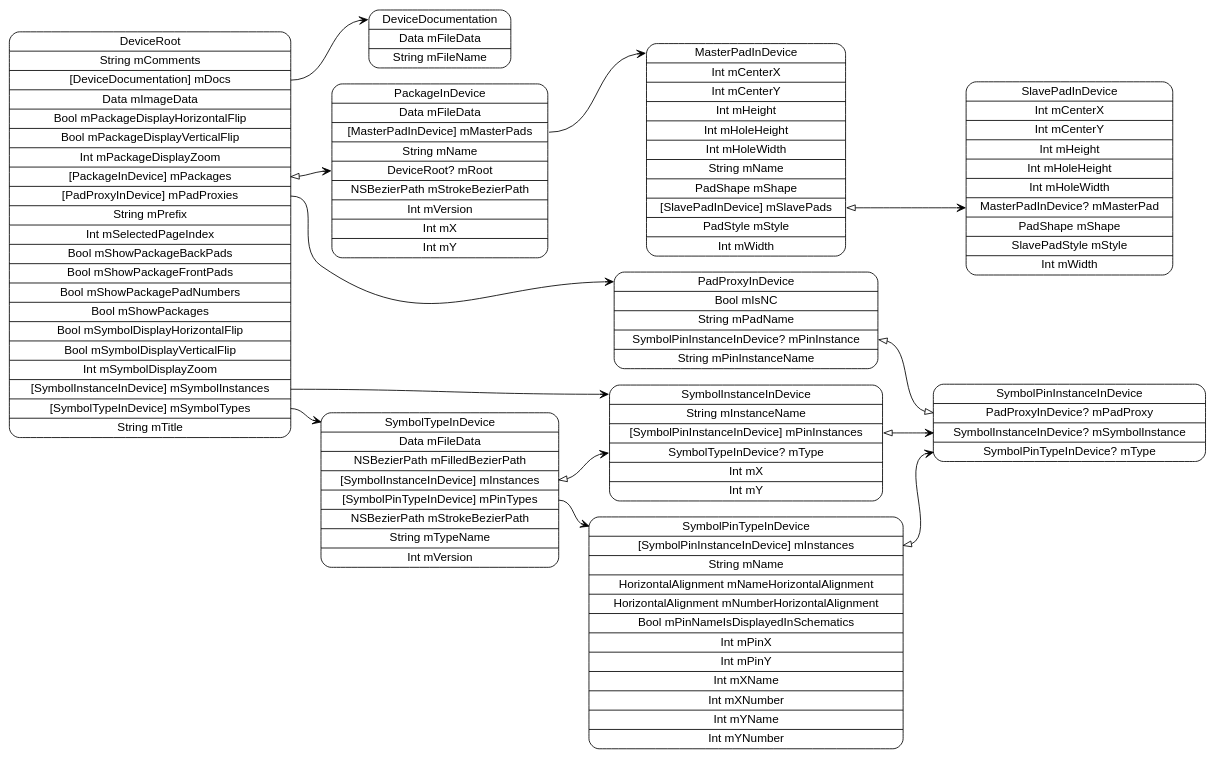
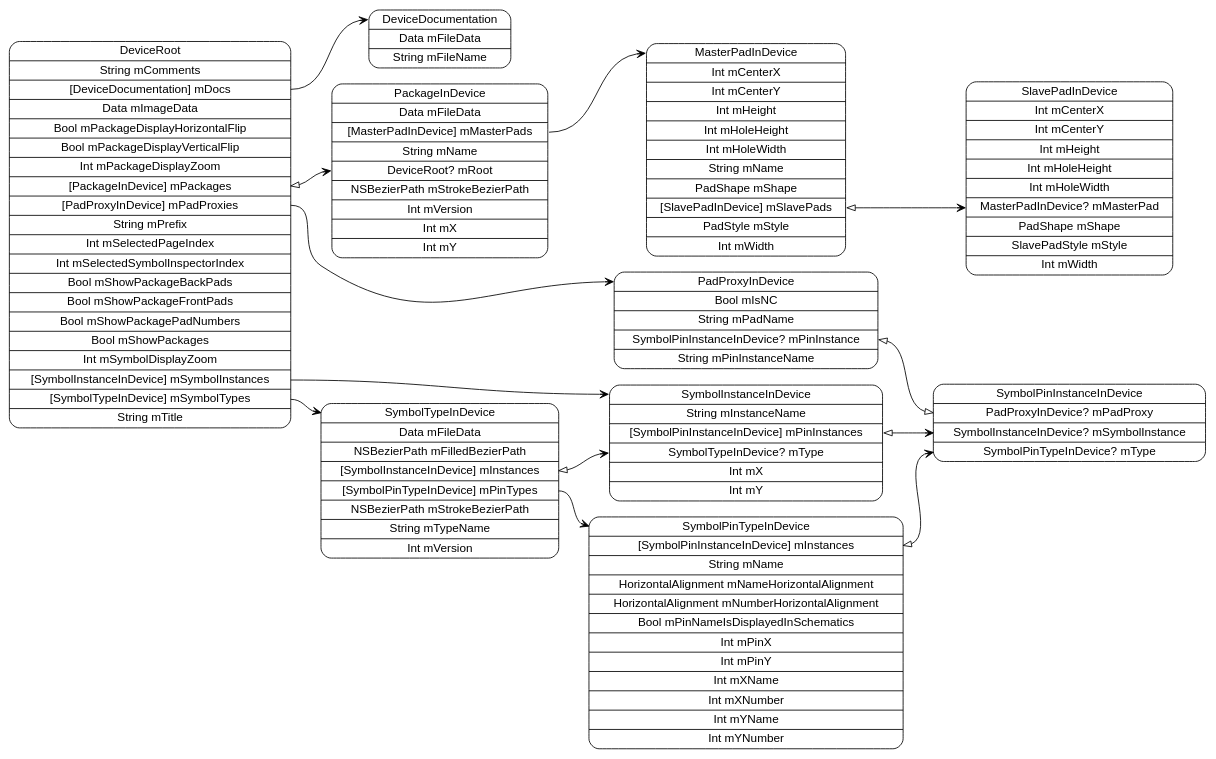
One commit to pierremolinaro/ElCanari-dev changed the diagram in models/DeviceRoot.dot. Above: the diagram before and after it, drawn with Graphviz. The commit also changed 12 other files, not shown here.

```diff
--- a/models/DeviceRoot.dot
+++ b/models/DeviceRoot.dot
@@ -1,26 +1,26 @@
 digraph G {
   rankdir=LR ;
   node [shape=record fontname=helvetica style=rounded] ;
-  DeviceRoot[label="<DeviceRoot>DeviceRoot|String mComments|<mDocs>[DeviceDocumentation] mDocs|Data mImageData|Bool mPackageDisplayHorizontalFlip|Bool mPackageDisplayVerticalFlip|Int mPackageDisplayZoom|<mPackages>[PackageInDevice] mPackages|<mPadProxies>[PadProxyInDevice] mPadProxies|String mPrefix|Int mSelectedPageIndex|Bool mShowPackageBackPads|Bool mShowPackageFrontPads|Bool mShowPackagePadNumbers|Bool mShowPackages|Bool mSymbolDisplayHorizontalFlip|Bool mSymbolDisplayVerticalFlip|Int mSymbolDisplayZoom|<mSymbolInstances>[SymbolInstanceInDevice] mSymbolInstances|<mSymbolTypes>[SymbolTypeInDevice] mSymbolTypes|String mTitle"] ;
+  DeviceRoot[label="<DeviceRoot>DeviceRoot|String mComments|<mDocs>[DeviceDocumentation] mDocs|Data mImageData|Bool mPackageDisplayHorizontalFlip|Bool mPackageDisplayVerticalFlip|Int mPackageDisplayZoom|<mPackages>[PackageInDevice] mPackages|<mPadProxies>[PadProxyInDevice] mPadProxies|String mPrefix|Int mSelectedPageIndex|Int mSelectedSymbolInspectorIndex|Bool mShowPackageBackPads|Bool mShowPackageFrontPads|Bool mShowPackagePadNumbers|Bool mShowPackages|Int mSymbolDisplayZoom|<mSymbolInstances>[SymbolInstanceInDevice] mSymbolInstances|<mSymbolTypes>[SymbolTypeInDevice] mSymbolTypes|String mTitle"] ;
   SymbolTypeInDevice[label="<SymbolTypeInDevice>SymbolTypeInDevice|Data mFileData|NSBezierPath mFilledBezierPath|<mInstances>[SymbolInstanceInDevice] mInstances|<mPinTypes>[SymbolPinTypeInDevice] mPinTypes|NSBezierPath mStrokeBezierPath|String mTypeName|Int mVersion"] ;
   SymbolPinTypeInDevice[label="<SymbolPinTypeInDevice>SymbolPinTypeInDevice|<mInstances>[SymbolPinInstanceInDevice] mInstances|String mName|HorizontalAlignment mNameHorizontalAlignment|HorizontalAlignment mNumberHorizontalAlignment|Bool mPinNameIsDisplayedInSchematics|Int mPinX|Int mPinY|Int mXName|Int mXNumber|Int mYName|Int mYNumber"] ;
   SymbolPinInstanceInDevice[label="<SymbolPinInstanceInDevice>SymbolPinInstanceInDevice|<mPadProxy>PadProxyInDevice? mPadProxy|<mSymbolInstance>SymbolInstanceInDevice? mSymbolInstance|<mType>SymbolPinTypeInDevice? mType"] ;
   SymbolInstanceInDevice[label="<SymbolInstanceInDevice>SymbolInstanceInDevice|String mInstanceName|<mPinInstances>[SymbolPinInstanceInDevice] mPinInstances|<mType>SymbolTypeInDevice? mType|Int mX|Int mY"] ;
   PadProxyInDevice[label="<PadProxyInDevice>PadProxyInDevice|Bool mIsNC|String mPadName|<mPinInstance>SymbolPinInstanceInDevice? mPinInstance|String mPinInstanceName"] ;
   PackageInDevice[label="<PackageInDevice>PackageInDevice|Data mFileData|<mMasterPads>[MasterPadInDevice] mMasterPads|String mName|<mRoot>DeviceRoot? mRoot|NSBezierPath mStrokeBezierPath|Int mVersion|Int mX|Int mY"] ;
   MasterPadInDevice[label="<MasterPadInDevice>MasterPadInDevice|Int mCenterX|Int mCenterY|Int mHeight|Int mHoleHeight|Int mHoleWidth|String mName|PadShape mShape|<mSlavePads>[SlavePadInDevice] mSlavePads|PadStyle mStyle|Int mWidth"] ;
   SlavePadInDevice[label="<SlavePadInDevice>SlavePadInDevice|Int mCenterX|Int mCenterY|Int mHeight|Int mHoleHeight|Int mHoleWidth|<mMasterPad>MasterPadInDevice? mMasterPad|PadShape mShape|SlavePadStyle mStyle|Int mWidth"] ;
   DeviceDocumentation[label="<DeviceDocumentation>DeviceDocumentation|Data mFileData|String mFileName"] ;
   DeviceRoot:mDocs -> DeviceDocumentation:DeviceDocumentation [dir=both arrowtail=none arrowhead=vee] ;
   DeviceRoot:mPackages -> PackageInDevice:mRoot [dir=both arrowtail=onormal arrowhead=vee] ;
   DeviceRoot:mPadProxies -> PadProxyInDevice:PadProxyInDevice [dir=both arrowtail=none arrowhead=vee] ;
   DeviceRoot:mSymbolInstances -> SymbolInstanceInDevice:SymbolInstanceInDevice [dir=both arrowtail=none arrowhead=vee] ;
   DeviceRoot:mSymbolTypes -> SymbolTypeInDevice:SymbolTypeInDevice [dir=both arrowtail=none arrowhead=vee] ;
   SymbolTypeInDevice:mInstances -> SymbolInstanceInDevice:mType [dir=both arrowtail=onormal arrowhead=vee] ;
   SymbolTypeInDevice:mPinTypes -> SymbolPinTypeInDevice:SymbolPinTypeInDevice [dir=both arrowtail=none arrowhead=vee] ;
   SymbolPinTypeInDevice:mInstances -> SymbolPinInstanceInDevice:mType [dir=both arrowtail=onormal arrowhead=vee] ;
   SymbolInstanceInDevice:mPinInstances -> SymbolPinInstanceInDevice:mSymbolInstance [dir=both arrowtail=onormal arrowhead=vee] ;
   PadProxyInDevice:mPinInstance -> SymbolPinInstanceInDevice:mPadProxy [dir=both arrowtail=onormal arrowhead=onormal] ;
   PackageInDevice:mMasterPads -> MasterPadInDevice:MasterPadInDevice [dir=both arrowtail=none arrowhead=vee] ;
   MasterPadInDevice:mSlavePads -> SlavePadInDevice:mMasterPad [dir=both arrowtail=onormal arrowhead=vee] ;
 }
```
